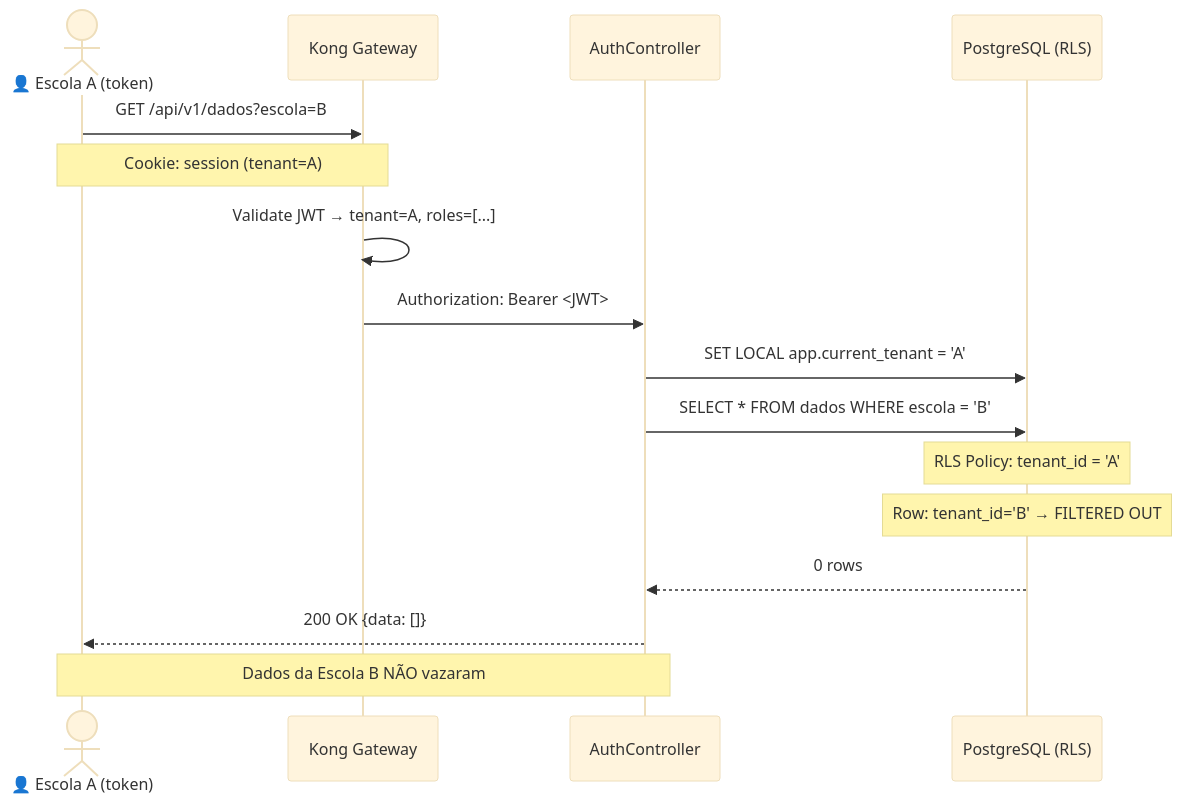
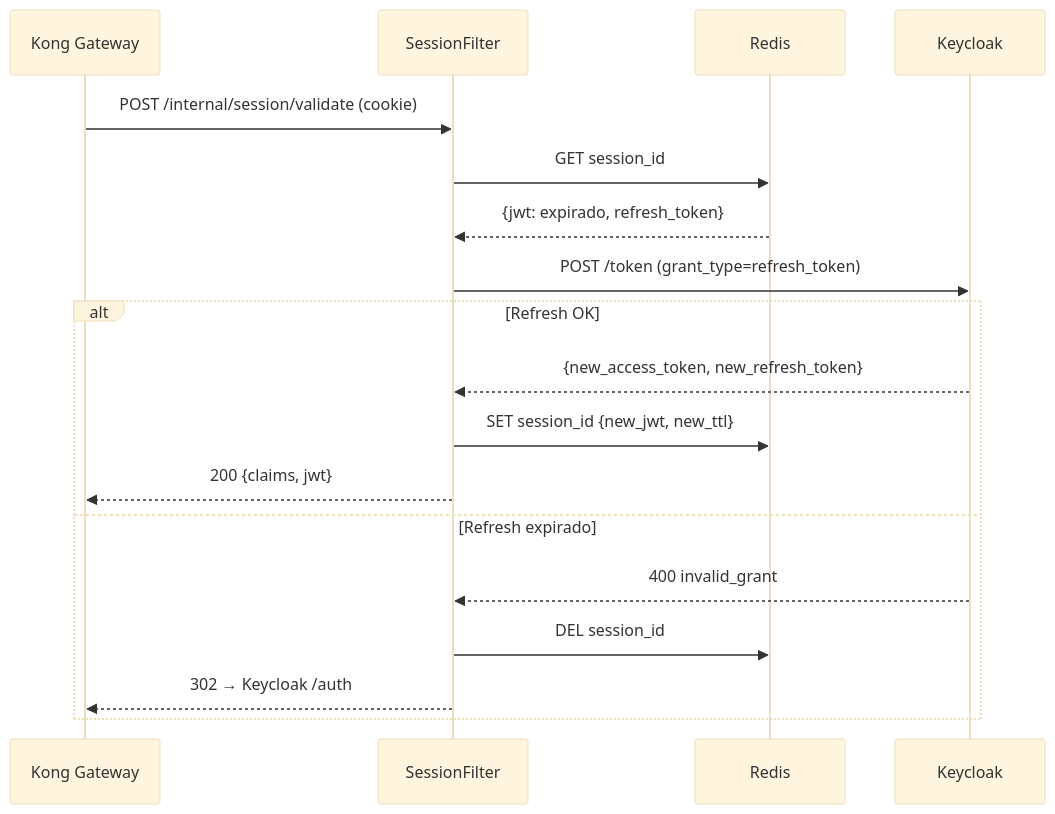
The fifth of 7 diagrams in business-inputs/business-projects/PRJ-TEC-2026-0004-PROJETO-SHIELD/12-LLD-PRJ-TEC-2026-0004-PROJETO-SHIELD.md (bolismar69/workspace-fbso), drawn with Mermaid (base theme) before and after one commit. The commit also changed other lines of this file and 7 other files, not shown here.

````diff
--- a/business-inputs/business-projects/PRJ-TEC-2026-0004-PROJETO-SHIELD/12-LLD-PRJ-TEC-2026-0004-PROJETO-SHIELD.md
+++ b/business-inputs/business-projects/PRJ-TEC-2026-0004-PROJETO-SHIELD/12-LLD-PRJ-TEC-2026-0004-PROJETO-SHIELD.md
@@ -247,22 +202,21 @@
 ```mermaid
 sequenceDiagram
-    actor Attacker as 👤 Escola A (token)
     participant Kong as Kong Gateway
-    participant BFF as AuthController
-    participant PG as PostgreSQL (RLS)
+    participant Shield as SessionFilter
+    participant Redis as Redis
+    participant KC as Keycloak
 
-    Attacker->>Kong: GET /api/v1/dados?escola=B
-    Note over Attacker,Kong: Cookie: session (tenant=A)
-
-    Kong->>Kong: Validate JWT → tenant=A, roles=[...]
-    Kong->>BFF: Authorization: Bearer <JWT>
-
-    BFF->>PG: SET LOCAL app.current_tenant = 'A'
-    BFF->>PG: SELECT * FROM dados WHERE escola = 'B'
-    Note over PG: RLS Policy: tenant_id = 'A'
-    Note over PG: Row: tenant_id='B' → FILTERED OUT
-    PG-->>BFF: 0 rows
-
-    BFF-->>Attacker: 200 OK {data: []}
-    Note over BFF,Attacker: Dados da Escola B NÃO vazaram
+    Kong->>Shield: POST /internal/session/validate (cookie)
+    Shield->>Redis: GET session_id
+    Redis-->>Shield: {jwt: expirado, refresh_token}
+    Shield->>KC: POST /token (grant_type=refresh_token)
+    alt Refresh OK
+        KC-->>Shield: {new_access_token, new_refresh_token}
+        Shield->>Redis: SET session_id {new_jwt, new_ttl}
+        Shield-->>Kong: 200 {claims, jwt}
+    else Refresh expirado
+        KC-->>Shield: 400 invalid_grant
+        Shield->>Redis: DEL session_id
+        Shield-->>Kong: 302 → Keycloak /auth
+    end
 ```
````
